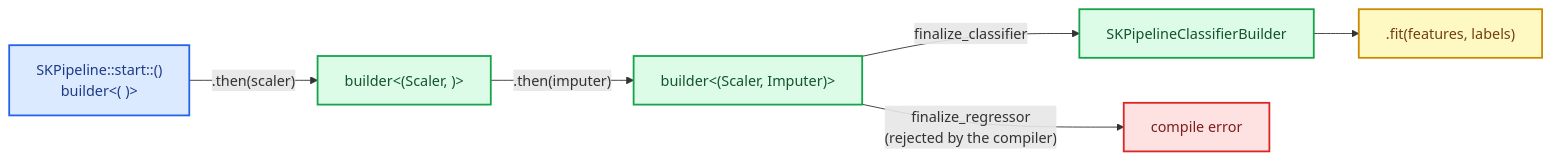
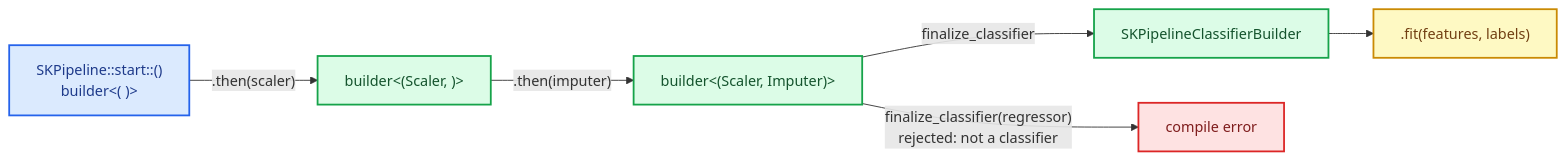
Before and after one commit to neurono-ml/sciencekit: the first of 2 diagrams in docs/src/development-explained/ch24-type-safe-pipeline.md, drawn with Mermaid. The commit also changed other lines of this file and 1 other file, not shown here.

````diff
--- a/docs/src/development-explained/ch24-type-safe-pipeline.md
+++ b/docs/src/development-explained/ch24-type-safe-pipeline.md
@@ -73,18 +75,18 @@
 ```mermaid
 flowchart LR
     accTitle: The builder type grows with every composed stage
     accDescr: A pipeline builder's second type parameter is a tuple of the stages composed so far. Starting with an empty tuple, each then call returns a builder whose tuple has one more stage. The classifier finalizer only accepts a builder whose final stage feeds a supervised estimator, so an invalid chain fails to compile instead of failing at fit time.
     A["SKPipeline::start::<f64>()<br/>builder<( )>"] -->|".then(scaler)"| B["builder<(Scaler, )>"]
     B -->|".then(imputer)"| C["builder<(Scaler, Imputer)>"]
     C -->|"finalize_classifier"| D["SKPipelineClassifierBuilder"]
-    C -->|"finalize_regressor<br/>(rejected by the compiler)"| E["compile error"]
+    C -->|"finalize_classifier(regressor)<br/>rejected: not a classifier"| E["compile error"]
     D --> F[".fit(features, labels)"]
     classDef start fill:#dbeafe,stroke:#2563eb,stroke-width:2px,color:#1e3a8a
     classDef built fill:#dcfce7,stroke:#16a34a,stroke-width:2px,color:#14532d
     classDef bad fill:#fee2e2,stroke:#dc2626,stroke-width:2px,color:#7f1d1d
     classDef result fill:#fef9c3,stroke:#ca8a04,stroke-width:2px,color:#713f12
     class A start
     class B,C,D built
     class E bad
     class F result
 ```
````
